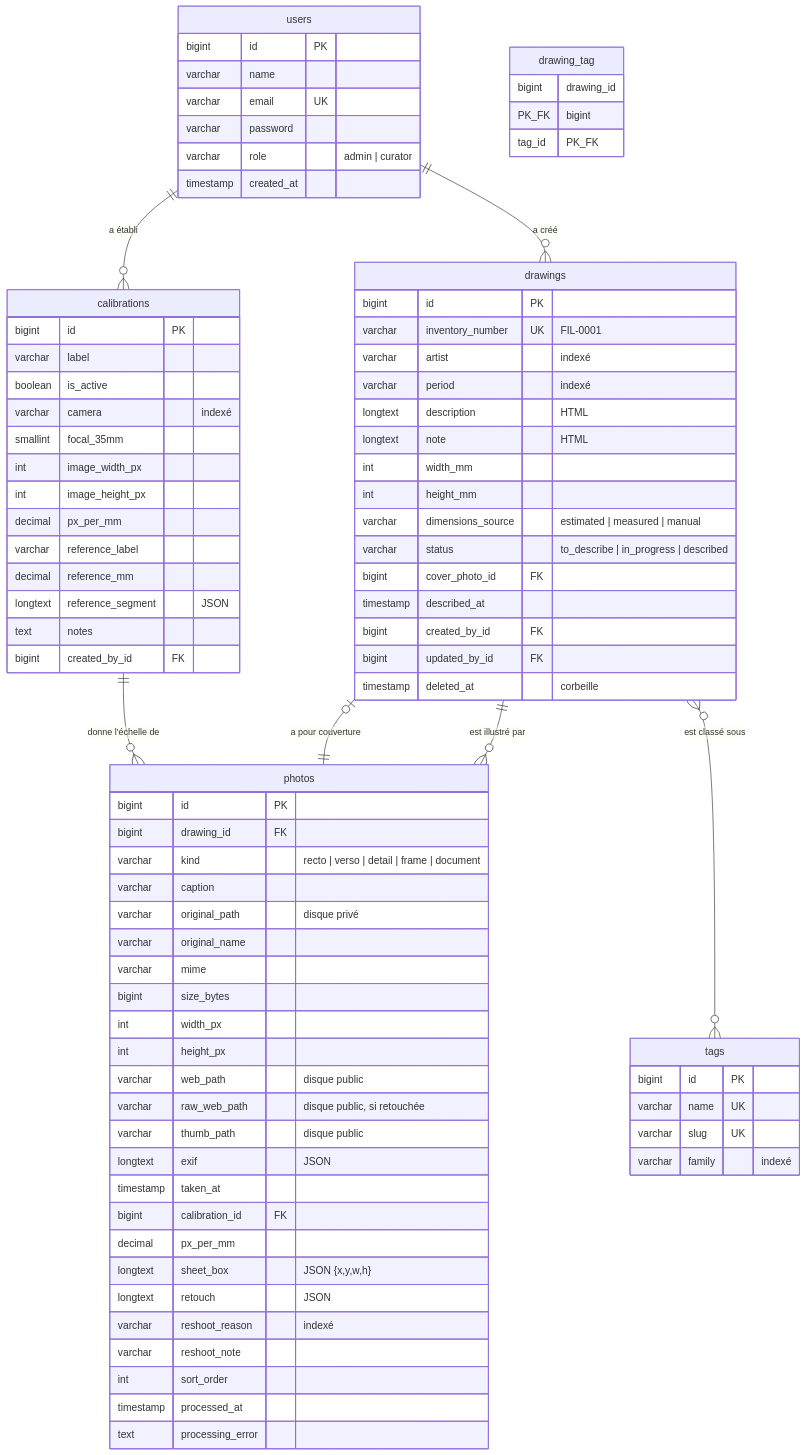
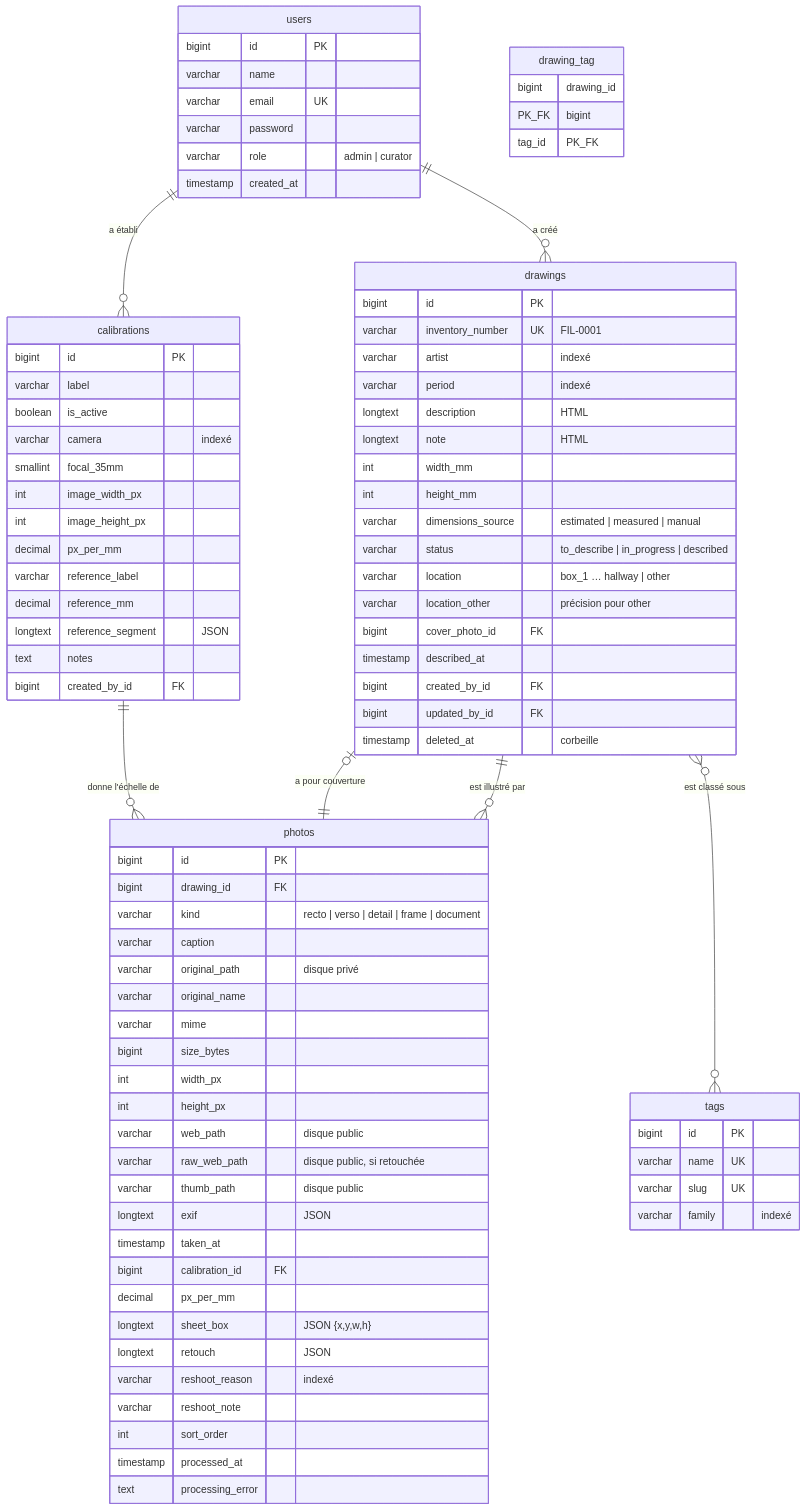
Before and after one commit to vistamedia/filigrane: the diagram in DOCS/01-schema-base-de-donnees.md, drawn with Mermaid. The commit also changed other lines of this file and 23 other files, not shown here.

```diff
--- a/DOCS/01-schema-base-de-donnees.md
+++ b/DOCS/01-schema-base-de-donnees.md
@@ -37,6 +37,8 @@
         int height_mm
         varchar dimensions_source "estimated | measured | manual"
         varchar status "to_describe | in_progress | described"
+        varchar location "box_1 … hallway | other"
+        varchar location_other "précision pour other"
         bigint cover_photo_id FK
         timestamp described_at
         bigint created_by_id FK
```
